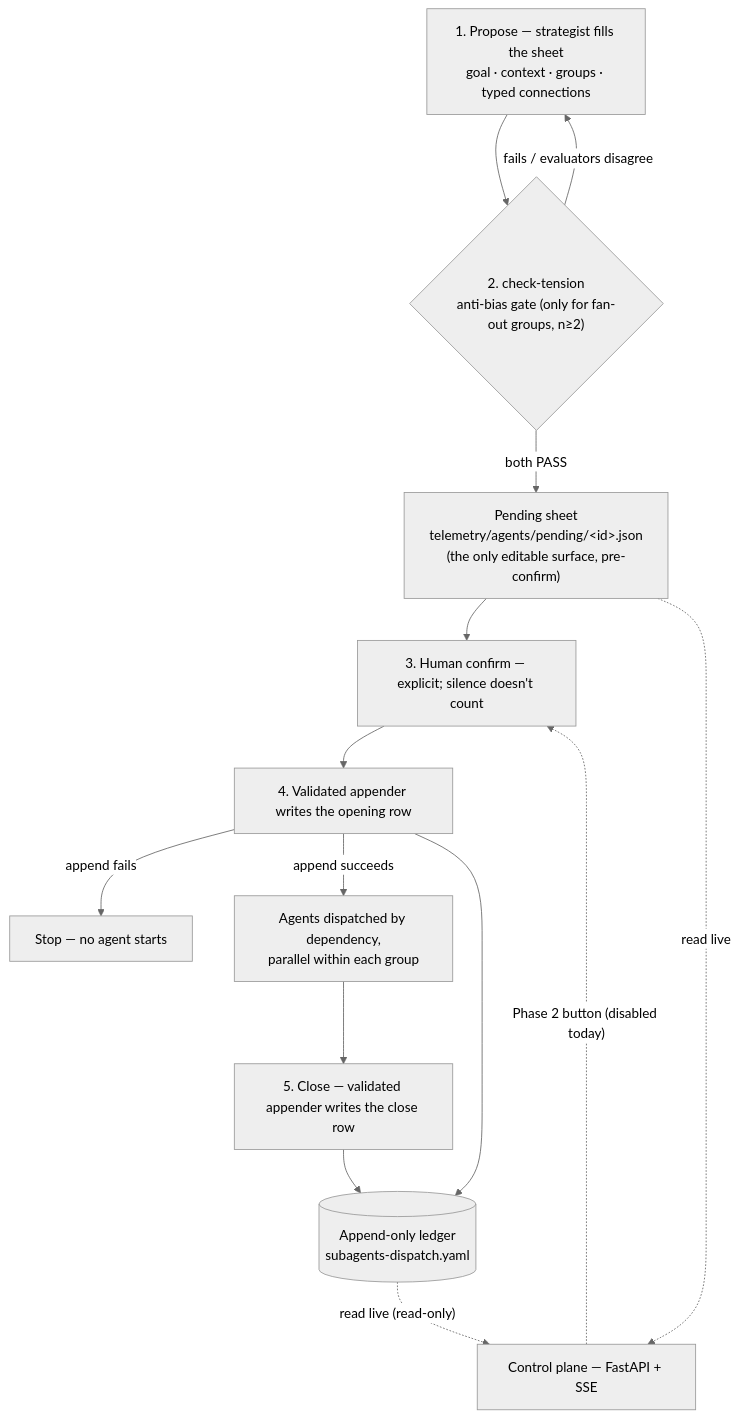
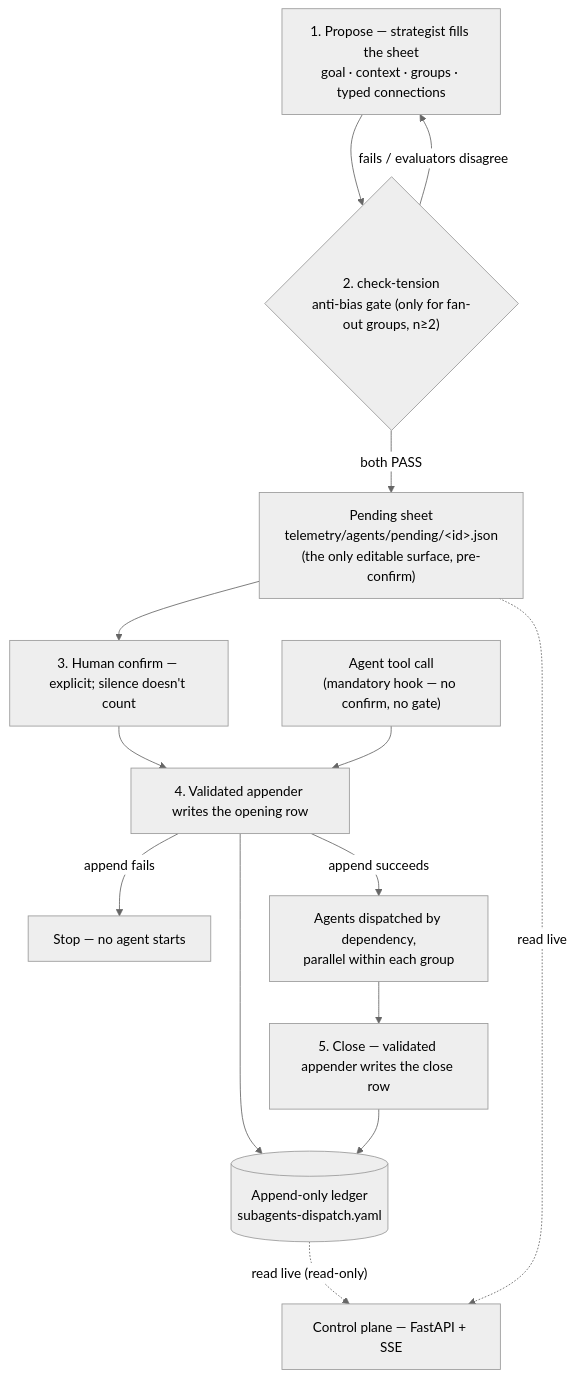
Before and after one commit to VictorBoscaro/cyberalchemy-orchestrator: the diagram in README.md, drawn with Mermaid (neutral theme). The commit also changed other lines of this file and 5 other files, not shown here.

````diff
--- a/README.md
+++ b/README.md
@@ -130,16 +142,16 @@
 ```mermaid
 flowchart TD
     A["1. Propose — strategist fills the sheet<br/>goal · context · groups · typed connections"] --> B{"2. check-tension<br/>anti-bias gate (only for fan-out groups, n≥2)"}
     B -- "fails / evaluators disagree" --> A
     B -- "both PASS" --> P["Pending sheet<br/>telemetry/agents/pending/&lt;id&gt;.json<br/>(the only editable surface, pre-confirm)"]
     P --> C["3. Human confirm — explicit; silence doesn't count"]
     C --> W["4. Validated appender writes the opening row"]
+    H["Agent tool call<br/>(mandatory hook — no confirm, no gate)"] --> W
     W -- "append fails" --> X["Stop — no agent starts"]
     W -- "append succeeds" --> E["Agents dispatched by dependency,<br/>parallel within each group"]
     E --> F["5. Close — validated appender writes the close row"]
     W --> L[("Append-only ledger<br/>subagents-dispatch.yaml")]
     F --> L
     L -. "read live (read-only)" .-> UI["Control plane — FastAPI + SSE"]
     P -. "read live" .-> UI
-    UI -. "Phase 2 button (disabled today)" .-> C
 ```
````
